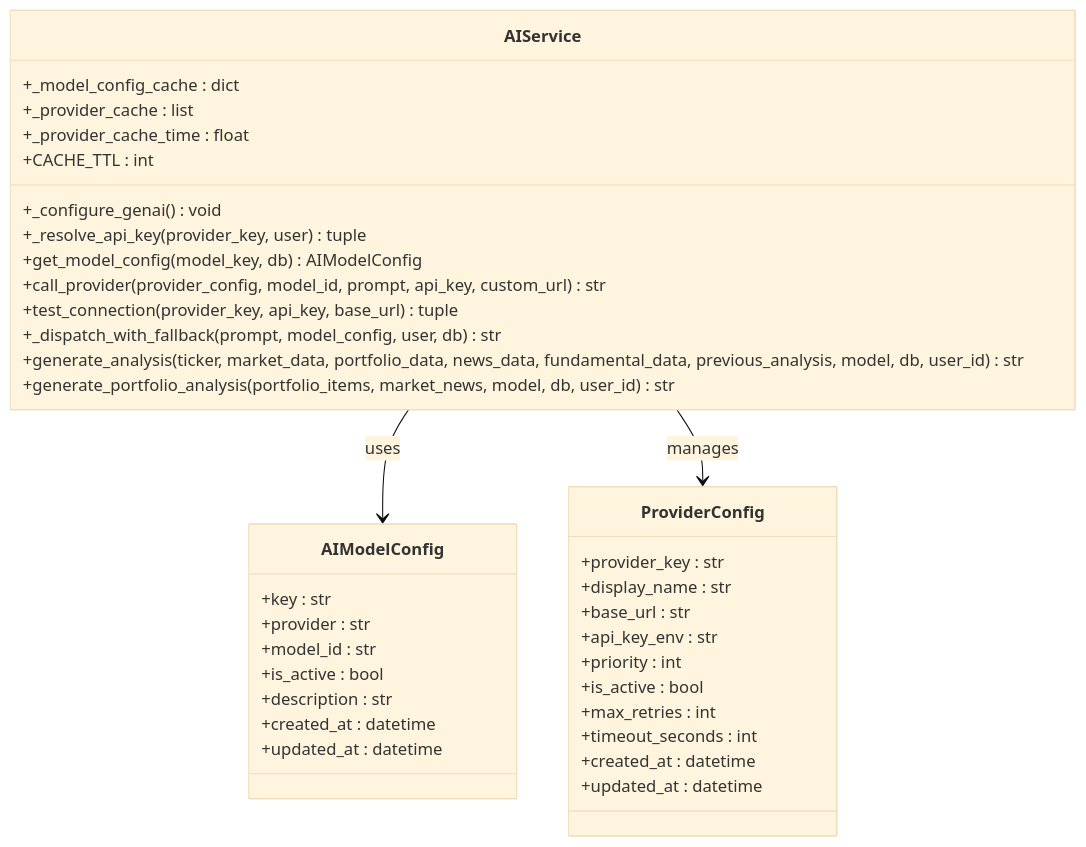
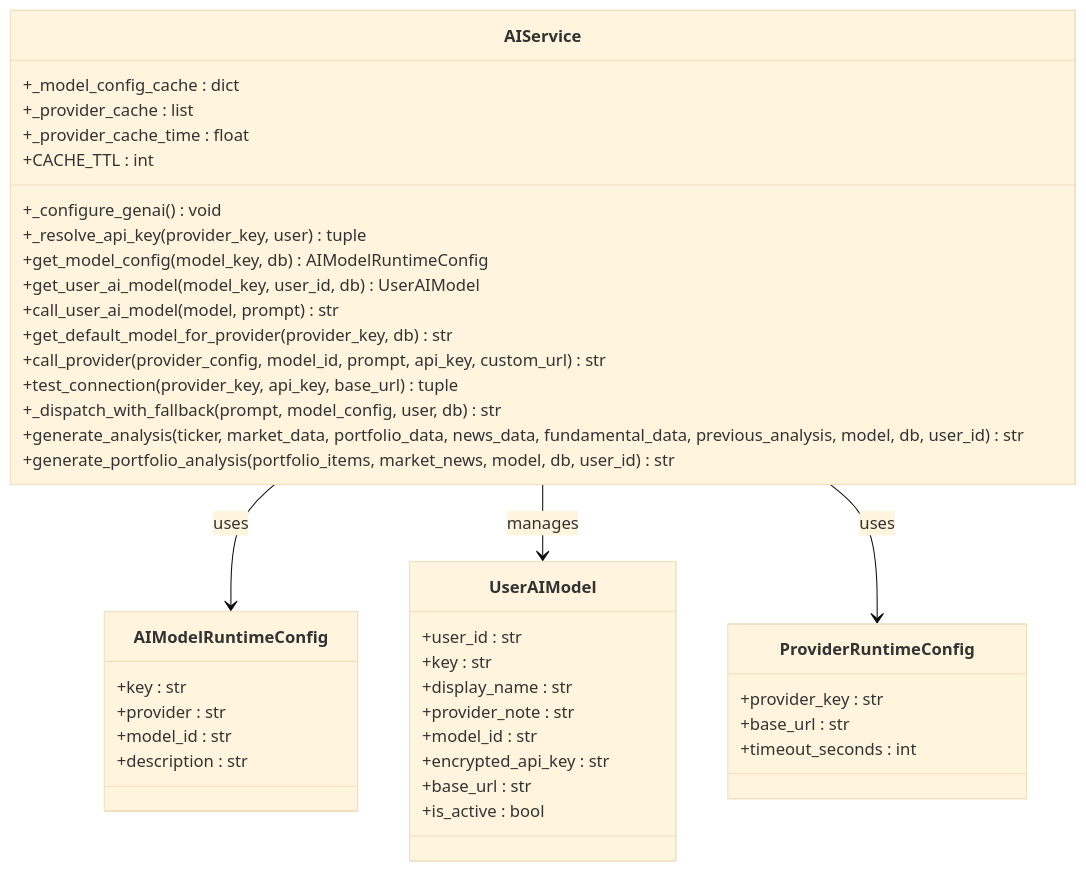
The fourth of 7 diagrams in .qoder/repowiki/zh/content/AI智能分析服务/AI智能分析服务.md (breeze-lyf/ai-stock-advisor), drawn with Mermaid (base theme) before and after one commit. The commit also changed other lines of this file and 30 other files, not shown here.

Commit message:
feat: Migrate AI model preference from Gemini to DeepSeek-v3, increase AI service timeout, and add stock snapshot API.

````diff
--- a/.qoder/repowiki/zh/content/AI智能分析服务/AI智能分析服务.md
+++ b/.qoder/repowiki/zh/content/AI智能分析服务/AI智能分析服务.md
@@ -267,40 +290,44 @@
 ```mermaid
 classDiagram
 class AIService {
 +_model_config_cache : dict
 +_provider_cache : list
 +_provider_cache_time : float
 +CACHE_TTL : int
 +_configure_genai() void
 +_resolve_api_key(provider_key, user) tuple
-+get_model_config(model_key, db) AIModelConfig
++get_model_config(model_key, db) AIModelRuntimeConfig
++get_user_ai_model(model_key, user_id, db) UserAIModel
++call_user_ai_model(model, prompt) str
++get_default_model_for_provider(provider_key, db) str
 +call_provider(provider_config, model_id, prompt, api_key, custom_url) str
 +test_connection(provider_key, api_key, base_url) tuple
 +_dispatch_with_fallback(prompt, model_config, user, db) str
 +generate_analysis(ticker, market_data, portfolio_data, news_data, fundamental_data, previous_analysis, model, db, user_id) str
 +generate_portfolio_analysis(portfolio_items, market_news, model, db, user_id) str
 }
-class AIModelConfig {
+class AIModelRuntimeConfig {
 +key : str
 +provider : str
 +model_id : str
++description : str
+}
+class UserAIModel {
++user_id : str
++key : str
++display_name : str
++provider_note : str
++model_id : str
++encrypted_api_key : str
++base_url : str
 +is_active : bool
-+description : str
-+created_at : datetime
-+updated_at : datetime
 }
-class ProviderConfig {
+class ProviderRuntimeConfig {
 +provider_key : str
-+display_name : str
 +base_url : str
-+api_key_env : str
-+priority : int
-+is_active : bool
-+max_retries : int
 +timeout_seconds : int
-+created_at : datetime
-+updated_at : datetime
 }
-AIService --> AIModelConfig : uses
-AIService --> ProviderConfig : manages
+AIService --> AIModelRuntimeConfig : uses
+AIService --> UserAIModel : manages
+AIService --> ProviderRuntimeConfig : uses
 ```
````
